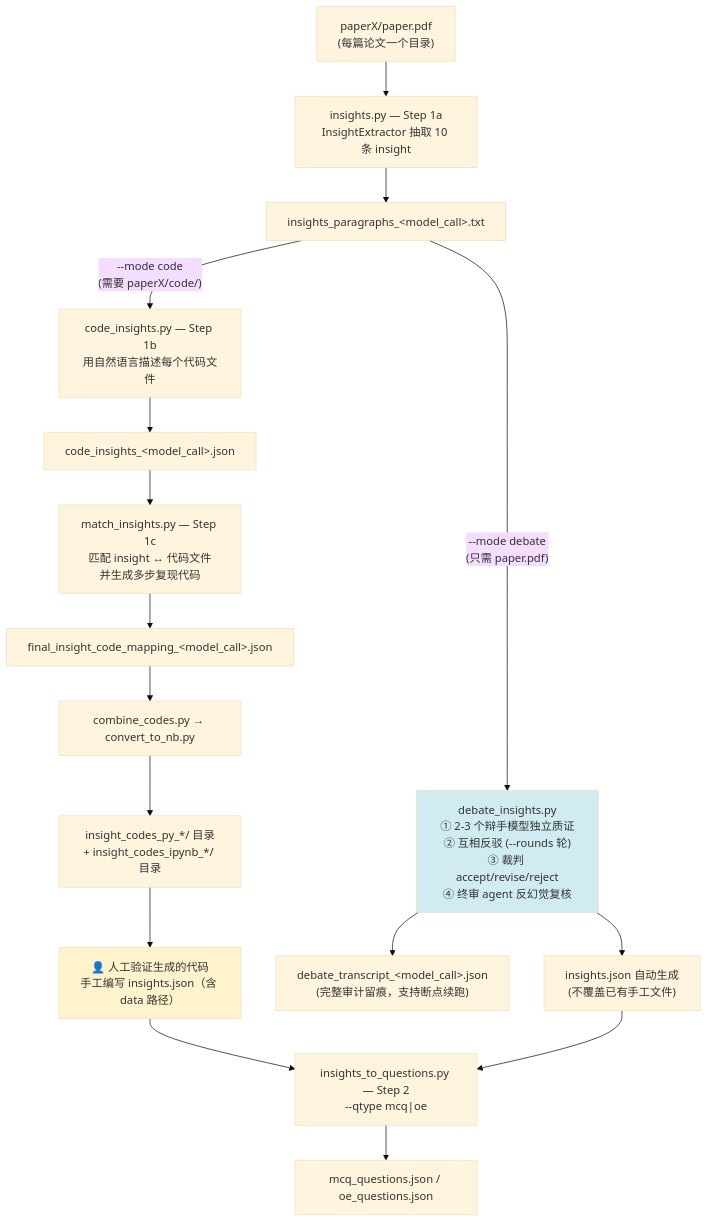
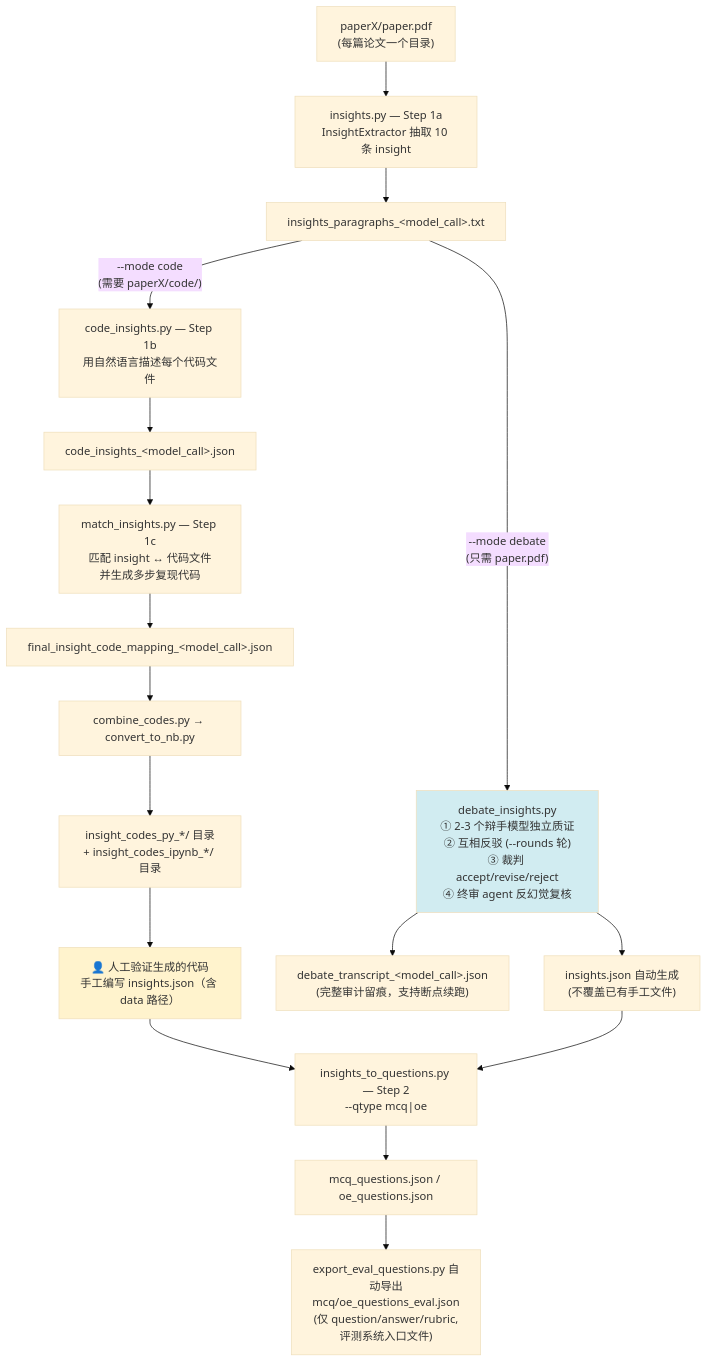
The first of 4 diagrams in scheurekabench/PIPELINE.md (HangboZhu/HeurekaBench), drawn with Mermaid (base theme) before and after one commit. The commit also changed other lines of this file and 5 other files, not shown here.

First line of the commit message:
feat(bench): 自动导出评测文件（question/answer/rubric 平铺格式）

````diff
--- a/scheurekabench/PIPELINE.md
+++ b/scheurekabench/PIPELINE.md
@@ -16,24 +16,25 @@
 ```mermaid
 flowchart TD
     PDF["paperX/paper.pdf<br/>(每篇论文一个目录)"] --> EXT["insights.py — Step 1a<br/>InsightExtractor 抽取 10 条 insight"]
     EXT --> IPT["insights_paragraphs_&lt;model_call&gt;.txt"]
 
     IPT -->|"--mode code<br/>(需要 paperX/code/)"| CD["code_insights.py — Step 1b<br/>用自然语言描述每个代码文件"]
     CD --> CDJ["code_insights_&lt;model_call&gt;.json"]
     CDJ --> MATCH["match_insights.py — Step 1c<br/>匹配 insight ↔ 代码文件<br/>并生成多步复现代码"]
     MATCH --> MAP["final_insight_code_mapping_&lt;model_call&gt;.json"]
     MAP --> COMB["combine_codes.py → convert_to_nb.py"]
     COMB --> NB["insight_codes_py_*/ 目录<br/>+ insight_codes_ipynb_*/ 目录"]
     NB --> HUMAN["👤 人工验证生成的代码<br/>手工编写 insights.json（含 data 路径）"]
 
     IPT -->|"--mode debate<br/>(只需 paper.pdf)"| DEB["debate_insights.py<br/>① 2-3 个辩手模型独立质证<br/>② 互相反驳 (--rounds 轮)<br/>③ 裁判 accept/revise/reject<br/>④ 终审 agent 反幻觉复核"]
     DEB --> TR["debate_transcript_&lt;model_call&gt;.json<br/>(完整审计留痕，支持断点续跑)"]
     DEB --> AUTO["insights.json 自动生成<br/>(不覆盖已有手工文件)"]
 
     HUMAN --> QG
     AUTO --> QG["insights_to_questions.py — Step 2<br/>--qtype mcq|oe"]
     QG --> QS["mcq_questions.json / oe_questions.json"]
+    QS --> EVAL["export_eval_questions.py 自动导出<br/>mcq/oe_questions_eval.json<br/>(仅 question/answer/rubric,<br/>评测系统入口文件)"]
 
     style HUMAN fill:#fff3cd
     style DEB fill:#d1ecf1
 ```
````
